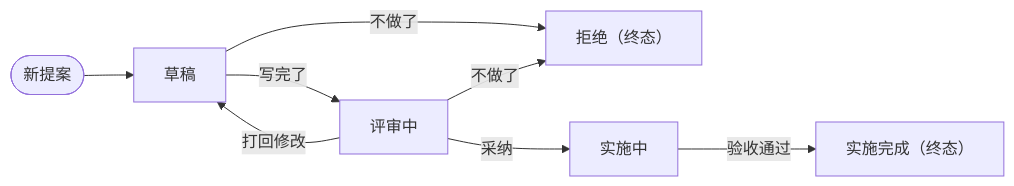
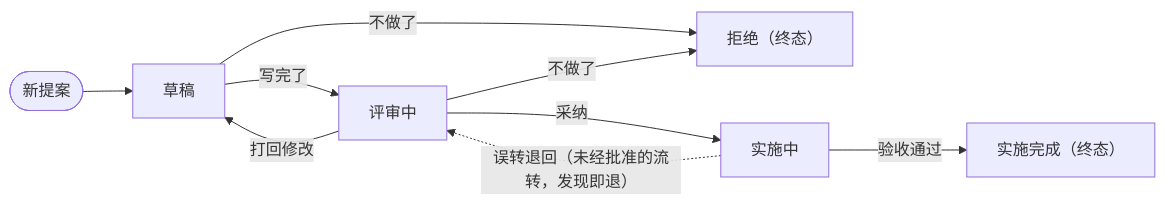
Before and after one commit to LiuWenXing1996/duo-ling: the second of 2 diagrams in docs/proposal-process.md, drawn with Mermaid. The commit also changed other lines of this file and 1 other file, not shown here.

````diff
--- a/docs/proposal-process.md
+++ b/docs/proposal-process.md
@@ -83,10 +83,11 @@
 ```mermaid
 flowchart LR
     S([新提案]) --> D[草稿]
     D -->|写完了| R[评审中]
     R -->|打回修改| D
     D -->|不做了| J["拒绝（终态）"]
     R -->|不做了| J
     R -->|采纳| I[实施中]
     I -->|验收通过| F["实施完成（终态）"]
+    I -.->|误转退回（未经批准的流转，发现即退）| R
 ```
````
